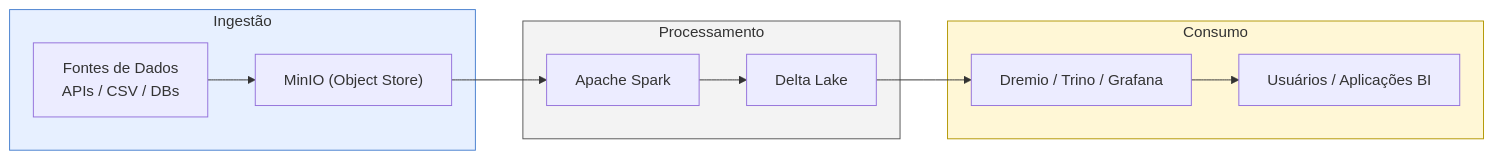
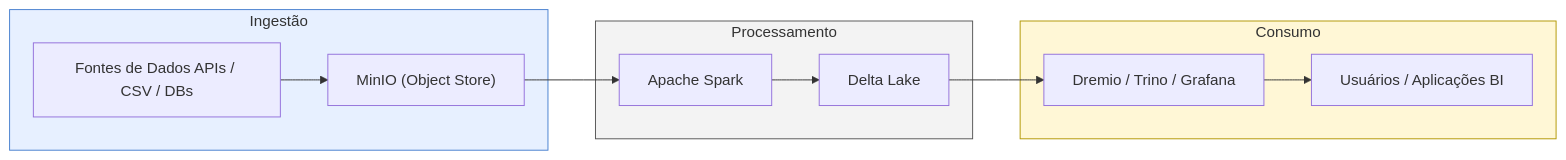
Before and after one commit to klaytoncastro/idp-bigdata: the second of 2 diagrams in delta/README.md, drawn with Mermaid. The commit also changed other lines of this file, not shown here.

````diff
--- a/delta/README.md
+++ b/delta/README.md
@@ -324,23 +324,23 @@
 ```mermaid
 graph LR
     subgraph Ingestão
-        A["Fontes de Dados\nAPIs / CSV / DBs"]
+        A["Fontes de Dados APIs / CSV / DBs"]
         B["MinIO (Object Store)"]
     end
 
     subgraph Processamento
         C["Apache Spark"]
         D["Delta Lake"]
     end
 
     subgraph Consumo
         E["Dremio / Trino / Grafana"]
         F["Usuários / Aplicações BI"]
     end
 
     A --> B --> C --> D --> E --> F
 
     style Ingestão fill:#e7f0ff,stroke:#467fcf,stroke-width:1px
     style Processamento fill:#f3f3f3,stroke:#555,stroke-width:1px
     style Consumo fill:#fff7d6,stroke:#b29700,stroke-width:1px
 ```
````
